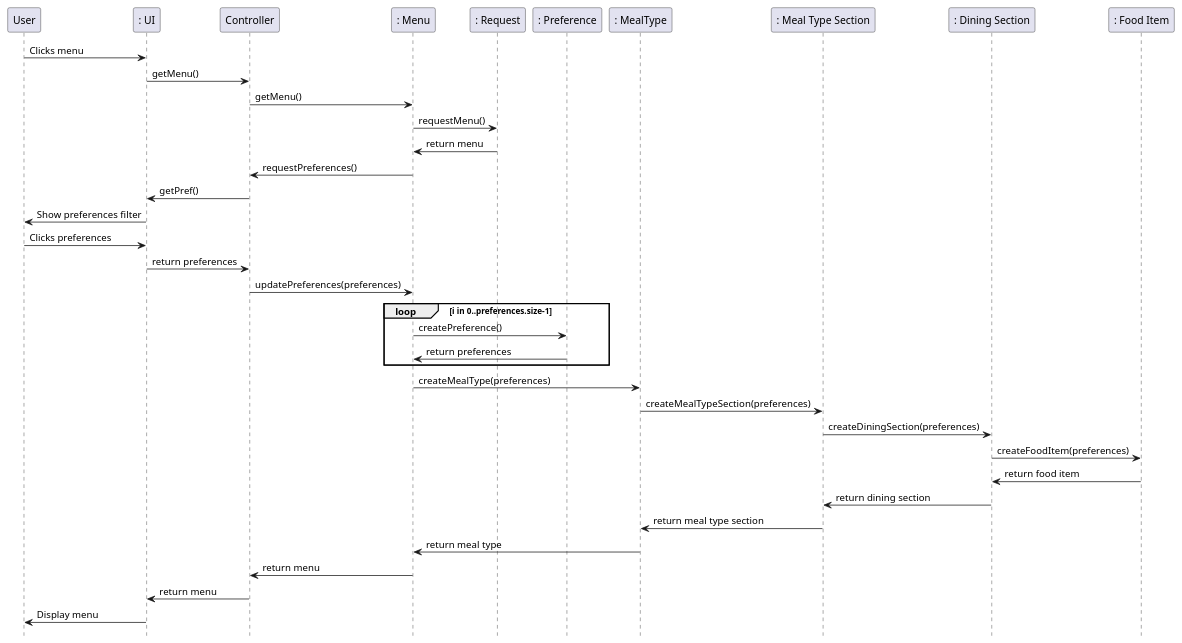
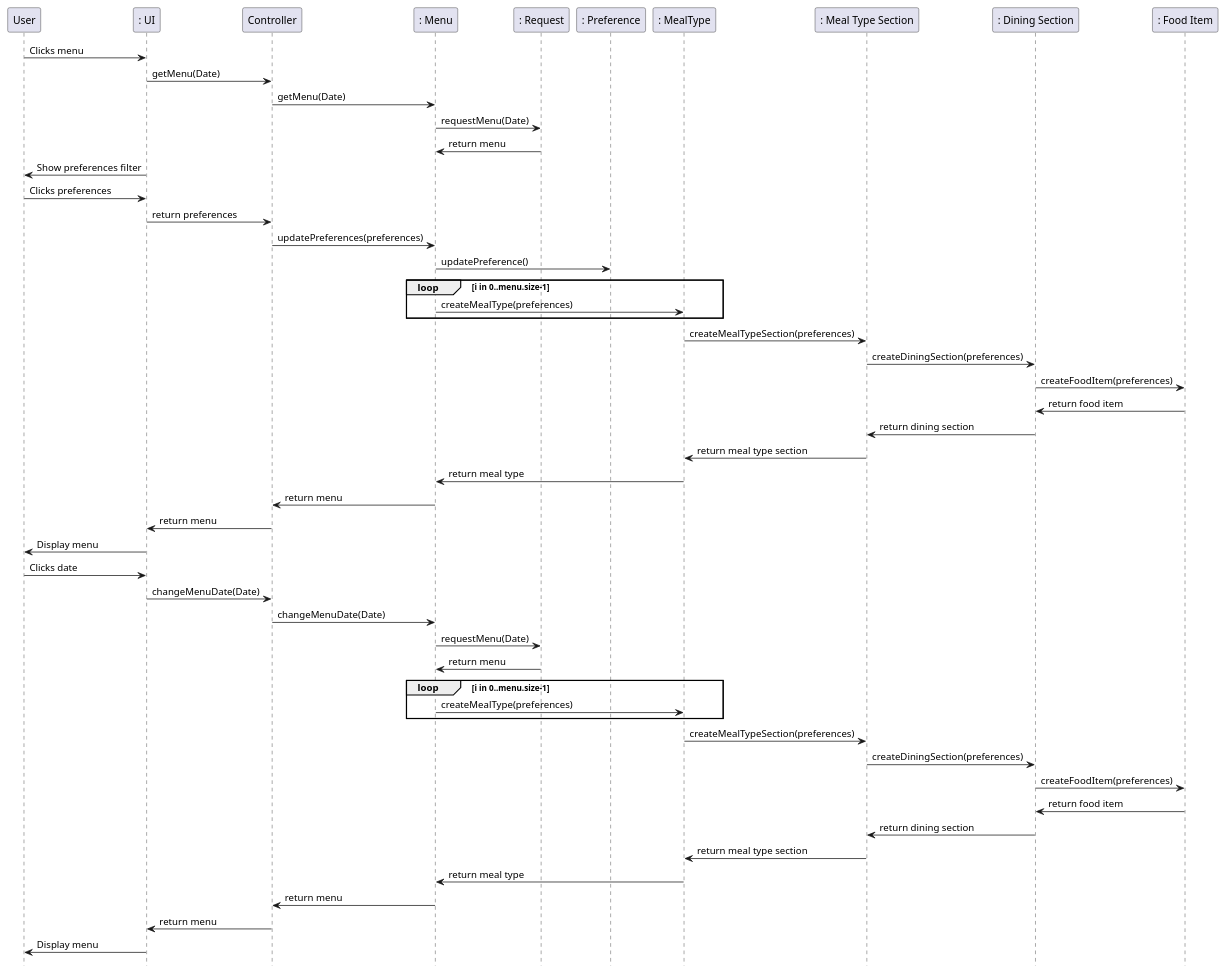
Before and after one commit to EzekielEkanem/team-1d: the second of 2 diagrams in intellij/doc/use-cases/use-case-browse.md, drawn with PlantUML. The commit also changed 7 other files, not shown here.

Commit message:
Updated class and sequence diagrams

````diff
--- a/intellij/doc/use-cases/use-case-browse.md
+++ b/intellij/doc/use-cases/use-case-browse.md
@@ -81,49 +81,65 @@
 ```plantuml
 Sequence diagrams: messages
 @startuml
 hide footbox
 
 participant "User" as user
 participant ": UI" as ui
 participant "Controller" as controller
 participant ": Menu" as menu
 participant ": Request" as request
 participant ": Preference" as preference
 participant ": MealType" as meal_t
 participant ": Meal Type Section" as meal_t_s
 participant ": Dining Section" as d_s
 participant ": Food Item" as food_item
 
 user -> ui : Clicks menu
-ui -> controller : getMenu()
-controller -> menu : getMenu()
-menu -> request : requestMenu()
+ui -> controller : getMenu(Date)
+controller -> menu : getMenu(Date)
+menu -> request : requestMenu(Date)
 request -> menu : return menu
-menu -> controller : requestPreferences()
-controller -> ui : getPref()
 ui -> user : Show preferences filter
 user -> ui : Clicks preferences
 ui -> controller : return preferences
 controller -> menu : updatePreferences(preferences)
-loop i in 0..preferences.size-1
-    menu -> preference : createPreference()
-    preference -> menu : return preferences
+menu -> preference : updatePreference()
+loop i in 0..menu.size-1
+    menu -> meal_t : createMealType(preferences)
 end
-menu -> meal_t : createMealType(preferences)
+meal_t -> meal_t_s : createMealTypeSection(preferences)
+meal_t_s -> d_s : createDiningSection(preferences)
+d_s -> food_item : createFoodItem(preferences)
+food_item -> d_s : return food item
+d_s -> meal_t_s : return dining section
+meal_t_s -> meal_t : return meal type section
+meal_t -> menu : return meal type
+menu -> controller : return menu
+controller -> ui : return menu
+ui -> user : Display menu
+
+user -> ui : Clicks date
+ui -> controller : changeMenuDate(Date)
+controller -> menu : changeMenuDate(Date)
+menu -> request : requestMenu(Date)
+request -> menu : return menu
+loop i in 0..menu.size-1
+    menu -> meal_t : createMealType(preferences)
+end
 meal_t -> meal_t_s : createMealTypeSection(preferences)
 meal_t_s -> d_s : createDiningSection(preferences)
 d_s -> food_item : createFoodItem(preferences)
 food_item -> d_s : return food item
 d_s -> meal_t_s : return dining section
 meal_t_s -> meal_t : return meal type section
 meal_t -> menu : return meal type
 menu -> controller : return menu
 controller -> ui : return menu
 ui -> user : Display menu
 
 
 
 
 
 @enduml
 ```
````
